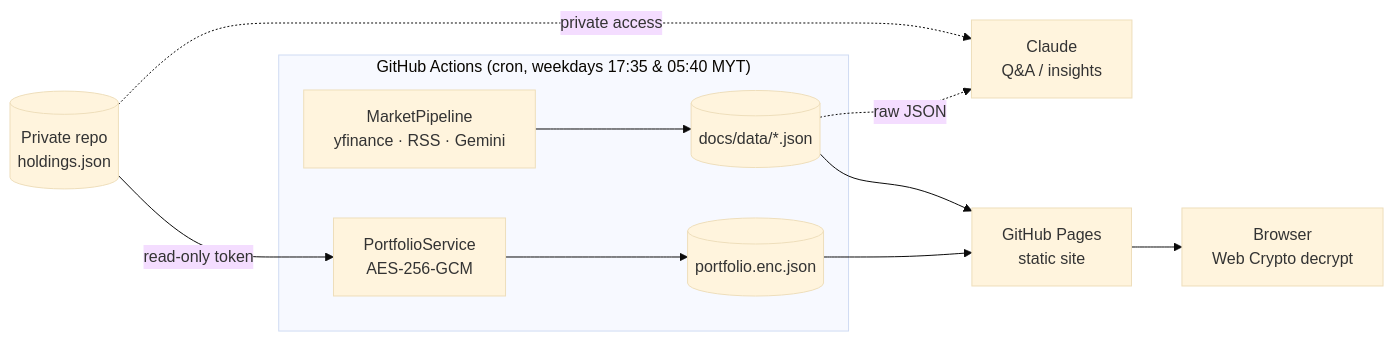
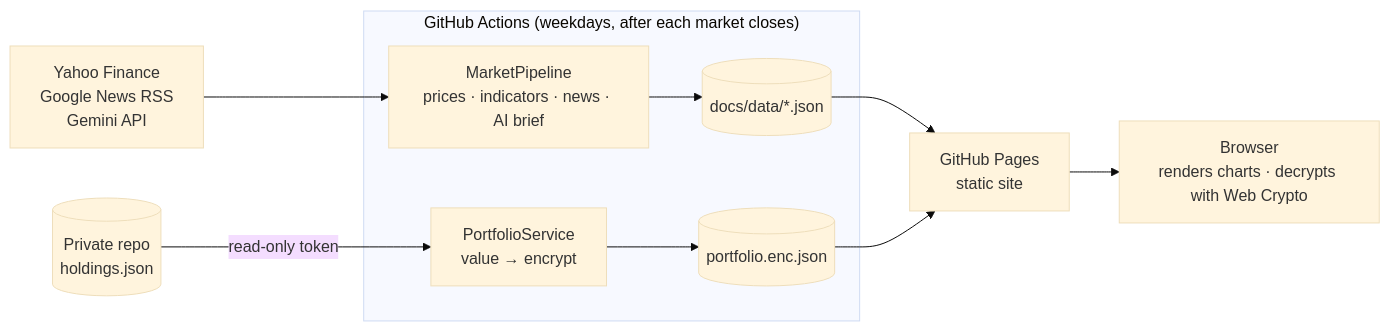
One commit to ericgwh0527/market-dashboard changed the diagram in README.md. Above: the diagram before and after it, drawn with Mermaid (base theme). The commit also changed other lines of this file and 5 other files, not shown here.

````diff
--- a/README.md
+++ b/README.md
@@ -19,13 +34,12 @@
 ```mermaid
 flowchart LR
-  subgraph GH["GitHub Actions (cron, weekdays 17:35 & 05:40 MYT)"]
-    F[MarketPipeline<br/>yfinance · RSS · Gemini] --> J[(docs/data/*.json)]
-    P[PortfolioService<br/>AES-256-GCM] --> E[(portfolio.enc.json)]
+  subgraph GH["GitHub Actions (weekdays, after each market closes)"]
+    F["MarketPipeline<br/>prices · indicators · news · AI brief"] --> J[("docs/data/*.json")]
+    P["PortfolioService<br/>value → encrypt"] --> E[("portfolio.enc.json")]
   end
-  PR[(Private repo<br/>holdings.json)] -- read-only token --> P
-  J --> Pages[GitHub Pages<br/>static site]
+  Y["Yahoo Finance<br/>Google News RSS<br/>Gemini API"] --> F
+  PR[("Private repo<br/>holdings.json")] -- "read-only token" --> P
+  J --> Pages["GitHub Pages<br/>static site"]
   E --> Pages
-  Pages --> B[Browser<br/>Web Crypto decrypt]
-  J -. raw JSON .-> C[Claude<br/>Q&A / insights]
-  PR -. private access .-> C
+  Pages --> B["Browser<br/>renders charts · decrypts with Web Crypto"]
 ```
````
